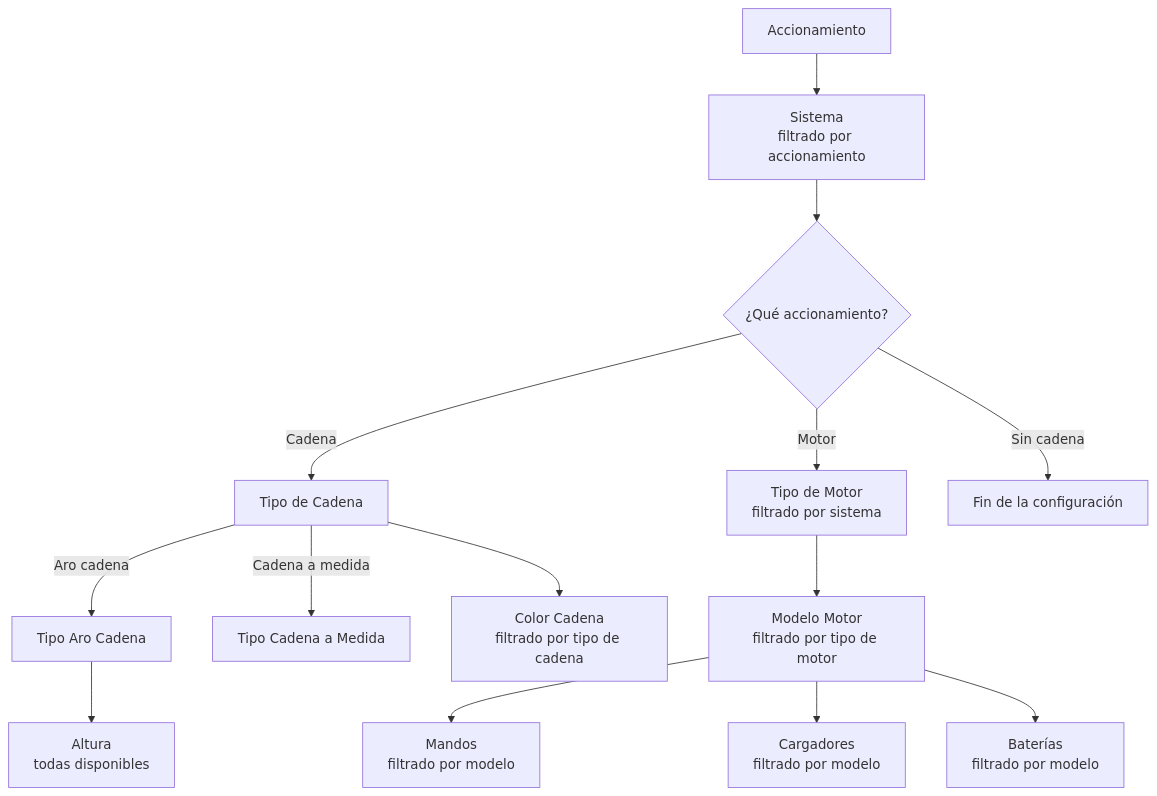
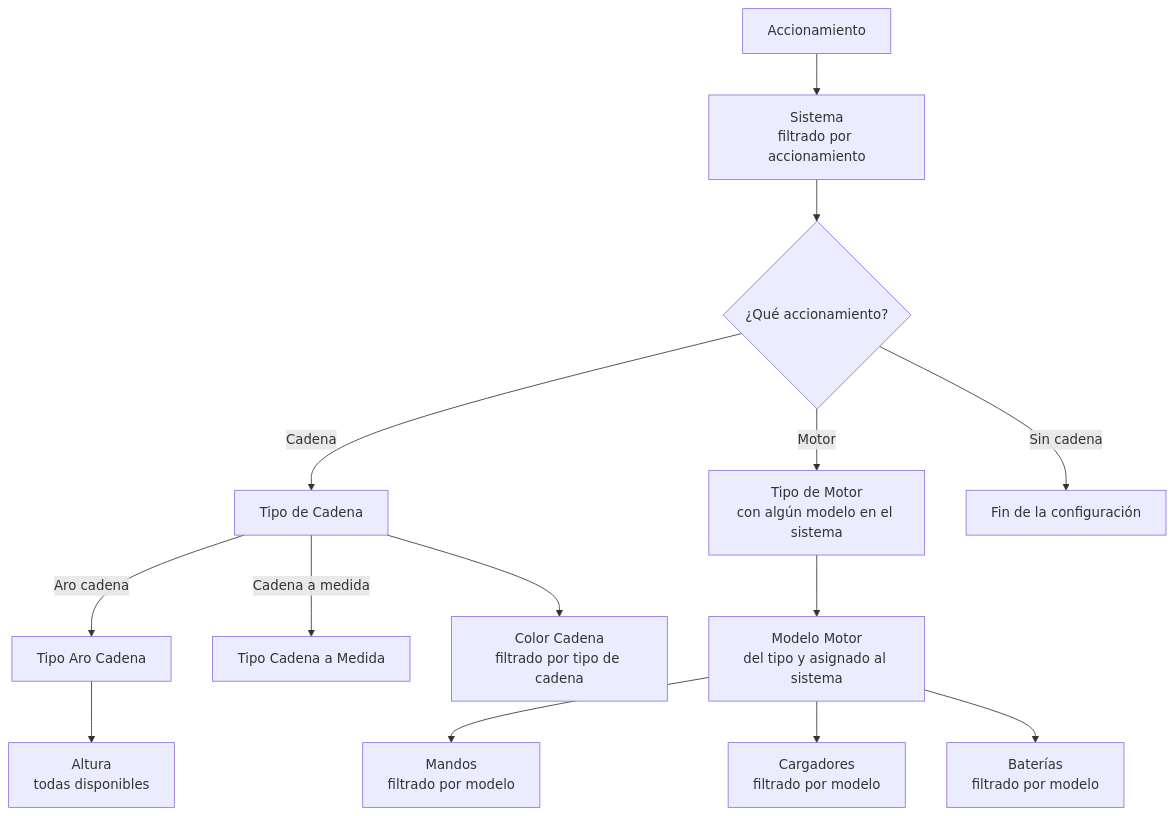
Before and after one commit to vicentferri/manza: the first of 2 diagrams in modelo_datos_accionamientos.md, drawn with Mermaid. The commit also changed other lines of this file and 11 other files, not shown here.

First line of the commit message:
Accionamientos nuevo: motores disponibles por sistema

````diff
--- a/modelo_datos_accionamientos.md
+++ b/modelo_datos_accionamientos.md
@@ -19,18 +19,18 @@
 ```mermaid
 flowchart TD
     A[Accionamiento] --> S[Sistema<br/>filtrado por accionamiento]
     S --> C{¿Qué accionamiento?}
     C -->|Cadena| TC[Tipo de Cadena]
-    C -->|Motor| TM[Tipo de Motor<br/>filtrado por sistema]
+    C -->|Motor| TM[Tipo de Motor<br/>con algún modelo en el sistema]
     C -->|Sin cadena| FIN[Fin de la configuración]
 
     TC -->|Aro cadena| TAC[Tipo Aro Cadena]
     TC -->|Cadena a medida| TCM[Tipo Cadena a Medida]
     TAC --> ALT[Altura<br/>todas disponibles]
     TC --> COL[Color Cadena<br/>filtrado por tipo de cadena]
 
-    TM --> MM[Modelo Motor<br/>filtrado por tipo de motor]
+    TM --> MM[Modelo Motor<br/>del tipo y asignado al sistema]
     MM --> MAN[Mandos<br/>filtrado por modelo]
     MM --> CAR[Cargadores<br/>filtrado por modelo]
     MM --> BAT[Baterías<br/>filtrado por modelo]
 ```
````
